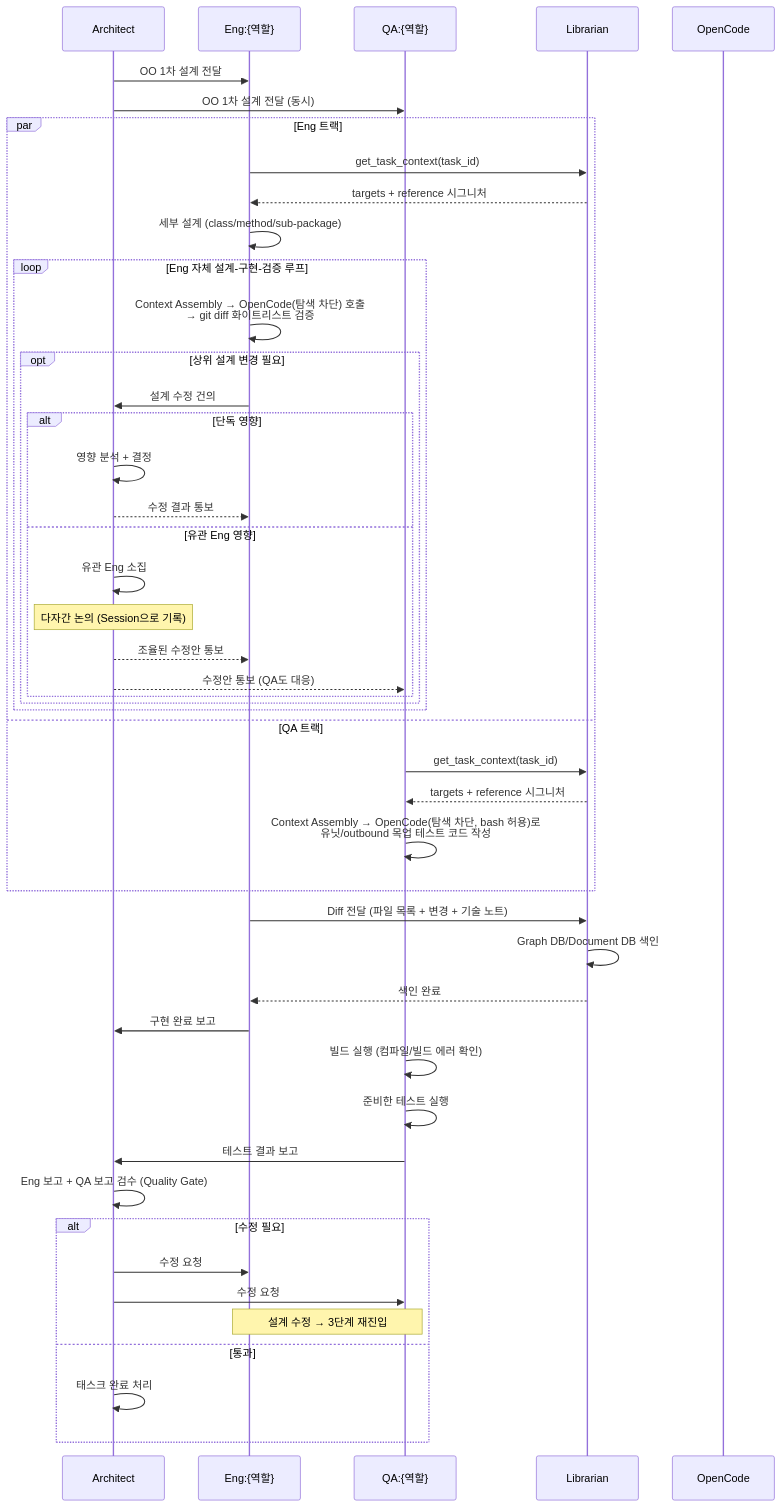
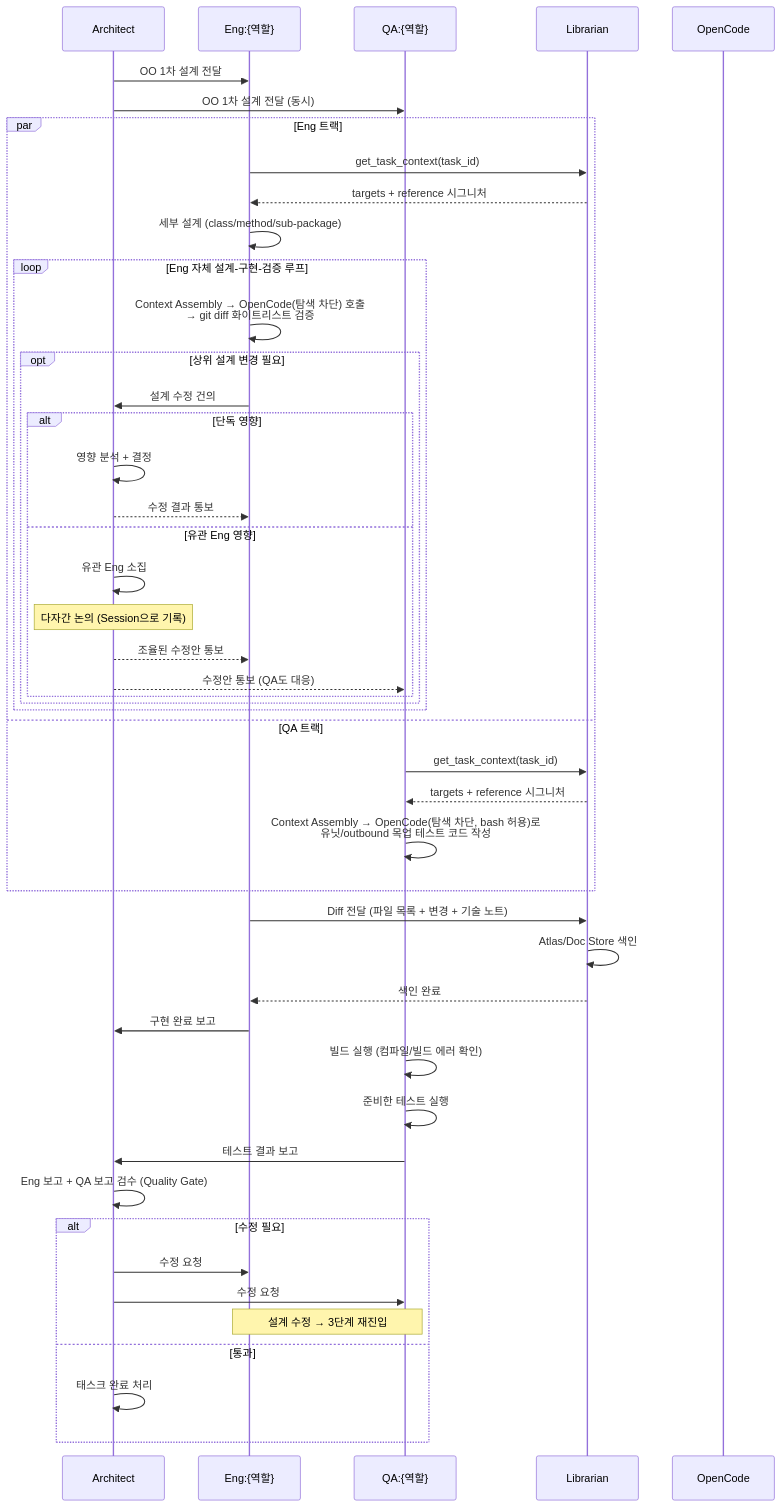
Before and after one commit to vonkernel/dev-team: diagram 13 of 13 in docs/proposal.md, drawn with Mermaid. The commit also changed other lines of this file and 82 other files, not shown here.

First line of the commit message:
chore: 추상화 명명 일관성 — doc store / atlas / collection_name + ABC SQL 분리 (#55) (#56)

````diff
--- a/docs/proposal.md
+++ b/docs/proposal.md
@@ -1410,55 +1410,55 @@
 ```mermaid
 sequenceDiagram
     participant A as Architect
     participant Eng as Eng:{역할}
     participant QA as QA:{역할}
     participant L as Librarian
     participant OC as OpenCode
 
     A->>Eng: OO 1차 설계 전달
     A->>QA: OO 1차 설계 전달 (동시)
 
     par Eng 트랙
         Eng->>L: get_task_context(task_id)
         L-->>Eng: targets + reference 시그니처
         Eng->>Eng: 세부 설계 (class/method/sub-package)
         loop Eng 자체 설계-구현-검증 루프
             Eng->>Eng: Context Assembly → OpenCode(탐색 차단) 호출<br/>→ git diff 화이트리스트 검증
 
             opt 상위 설계 변경 필요
                 Eng->>A: 설계 수정 건의
                 alt 단독 영향
                     A->>A: 영향 분석 + 결정
                     A-->>Eng: 수정 결과 통보
                 else 유관 Eng 영향
                     A->>A: 유관 Eng 소집
                     Note over A: 다자간 논의 (Session으로 기록)
                     A-->>Eng: 조율된 수정안 통보
                     A-->>QA: 수정안 통보 (QA도 대응)
                 end
             end
         end
     and QA 트랙
         QA->>L: get_task_context(task_id)
         L-->>QA: targets + reference 시그니처
         QA->>QA: Context Assembly → OpenCode(탐색 차단, bash 허용)로<br/>유닛/outbound 목업 테스트 코드 작성
     end
 
     Eng->>L: Diff 전달 (파일 목록 + 변경 + 기술 노트)
-    L->>L: Graph DB/Document DB 색인
+    L->>L: Atlas/Doc Store 색인
     L-->>Eng: 색인 완료
     Eng->>A: 구현 완료 보고
 
     QA->>QA: 빌드 실행 (컴파일/빌드 에러 확인)
     QA->>QA: 준비한 테스트 실행
     QA->>A: 테스트 결과 보고
 
     A->>A: Eng 보고 + QA 보고 검수 (Quality Gate)
     alt 수정 필요
         A->>Eng: 수정 요청
         A->>QA: 수정 요청
         Note over Eng,QA: 설계 수정 → 3단계 재진입
     else 통과
         A->>A: 태스크 완료 처리
     end
 ```
````
